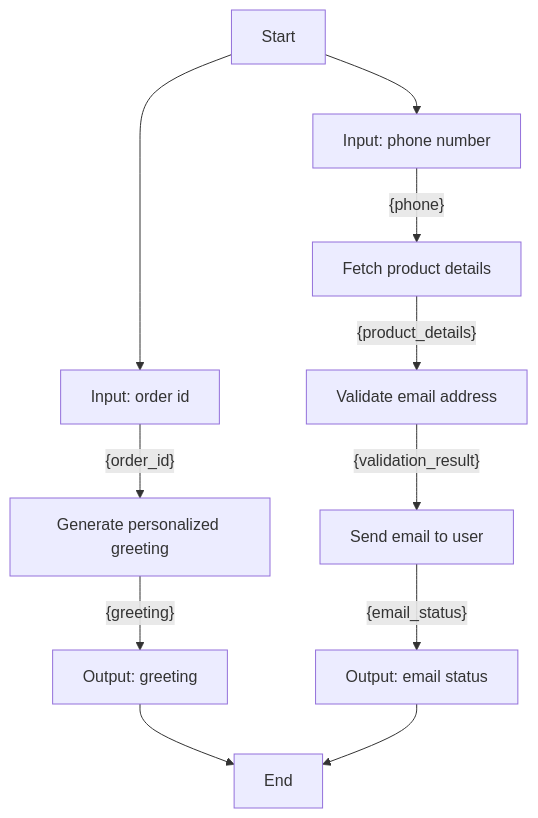
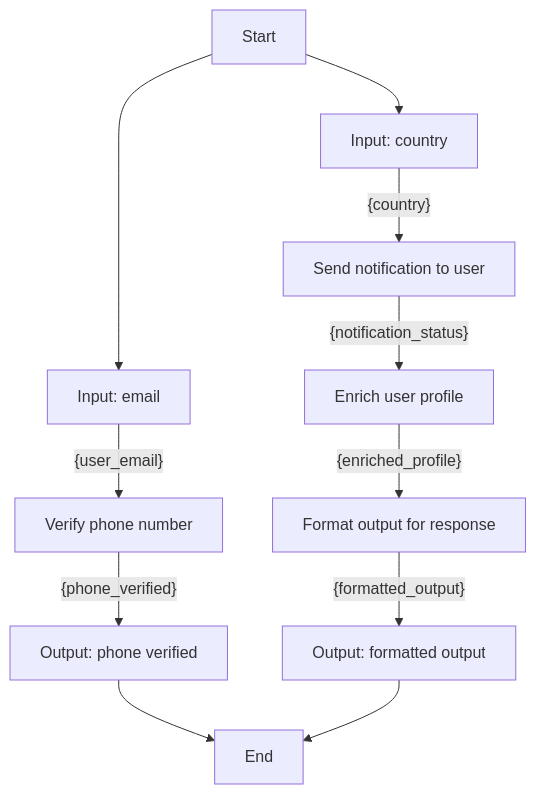
Before and after one commit to YJ-928/Temporal-Python-SDK: the diagram in poc-dsl-compiler/input/workflows/workflow_5.md, drawn with Mermaid. The commit also changed 29 other files, not shown here.

````diff
--- a/poc-dsl-compiler/input/workflows/workflow_5.md
+++ b/poc-dsl-compiler/input/workflows/workflow_5.md
@@ -1,13 +1,13 @@
 ```mermaid
 graph TD
-    A[Start] --> B[Input: order id]
-    B[Input: order id] -- {order_id} --> C[Generate personalized greeting]
-    C[Generate personalized greeting] -- {greeting} --> D[Output: greeting]
-    D[Output: greeting] --> J[End]
-    A[Start] --> E[Input: phone number]
-    E[Input: phone number] -- {phone} --> F[Fetch product details]
-    F[Fetch product details] -- {product_details} --> G[Validate email address]
-    G[Validate email address] -- {validation_result} --> H[Send email to user]
-    H[Send email to user] -- {email_status} --> I[Output: email status]
-    I[Output: email status] --> J[End]
+    A[Start] --> B[Input: email]
+    B[Input: email] -- {user_email} --> C[Verify phone number]
+    C[Verify phone number] -- {phone_verified} --> D[Output: phone verified]
+    D[Output: phone verified] --> J[End]
+    A[Start] --> E[Input: country]
+    E[Input: country] -- {country} --> F[Send notification to user]
+    F[Send notification to user] -- {notification_status} --> G[Enrich user profile]
+    G[Enrich user profile] -- {enriched_profile} --> H[Format output for response]
+    H[Format output for response] -- {formatted_output} --> I[Output: formatted output]
+    I[Output: formatted output] --> J[End]
 ```
````
